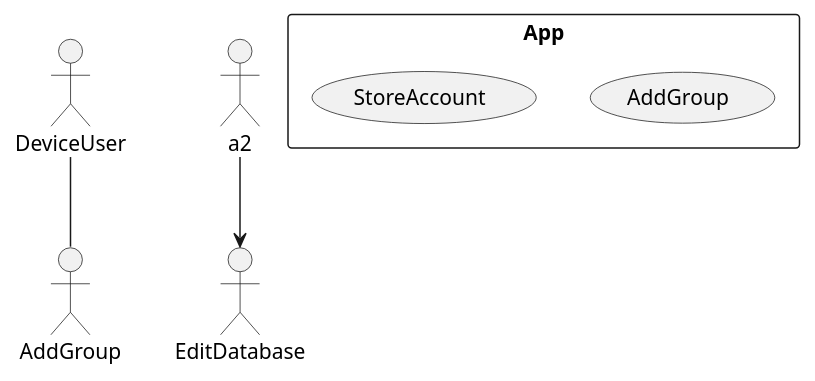
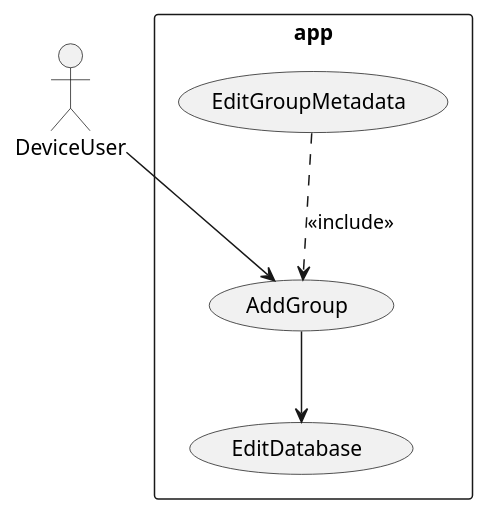
One commit to gentmantan/cen4010groupproject changed the diagram in docs/diag/gt/uc2.plantuml. Above: the diagram before and after it, drawn with PlantUML. The commit also changed 5 other files, not shown here.

Commit message:
Revise usecase diagrams

```diff
--- a/docs/diag/gt/uc2.plantuml
+++ b/docs/diag/gt/uc2.plantuml
@@ -1,12 +1,13 @@
 @startuml
-
 actor DeviceUser as a1
 
-rectangle App {
+rectangle app {
         usecase AddGroup as u1
-        usecase StoreAccount as u2
+        usecase EditGroupMetadata as u2
+        usecase EditDatabase as u3
 }
 
-a1 -- AddGroup
-a2 --> EditDatabase
+a1 --> u1
+u2 ..> u1 : <<include>>
+u1 --> u3
 @enduml
```
